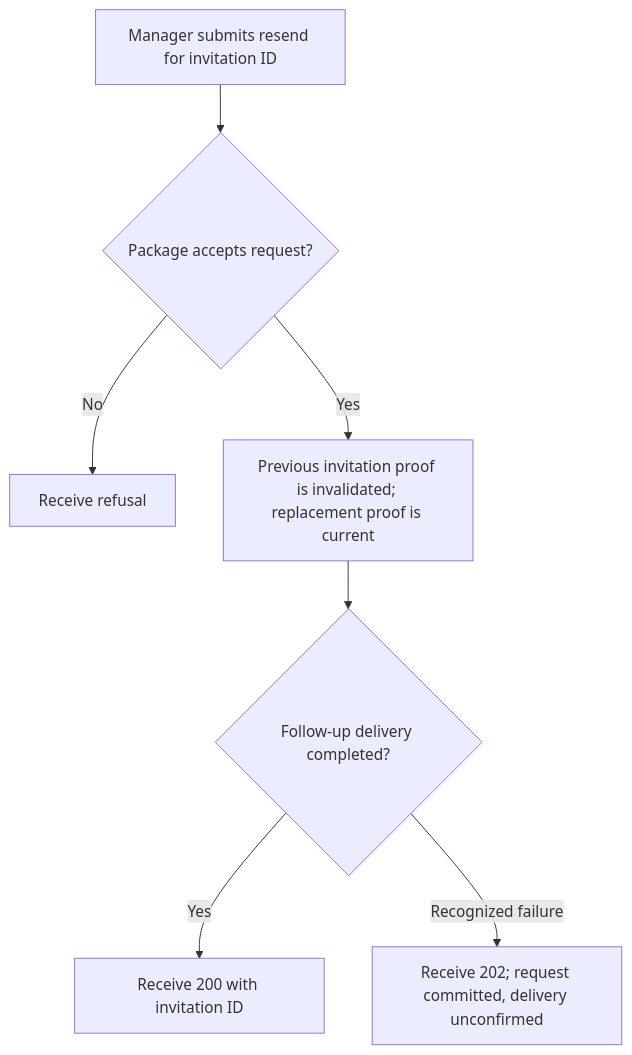
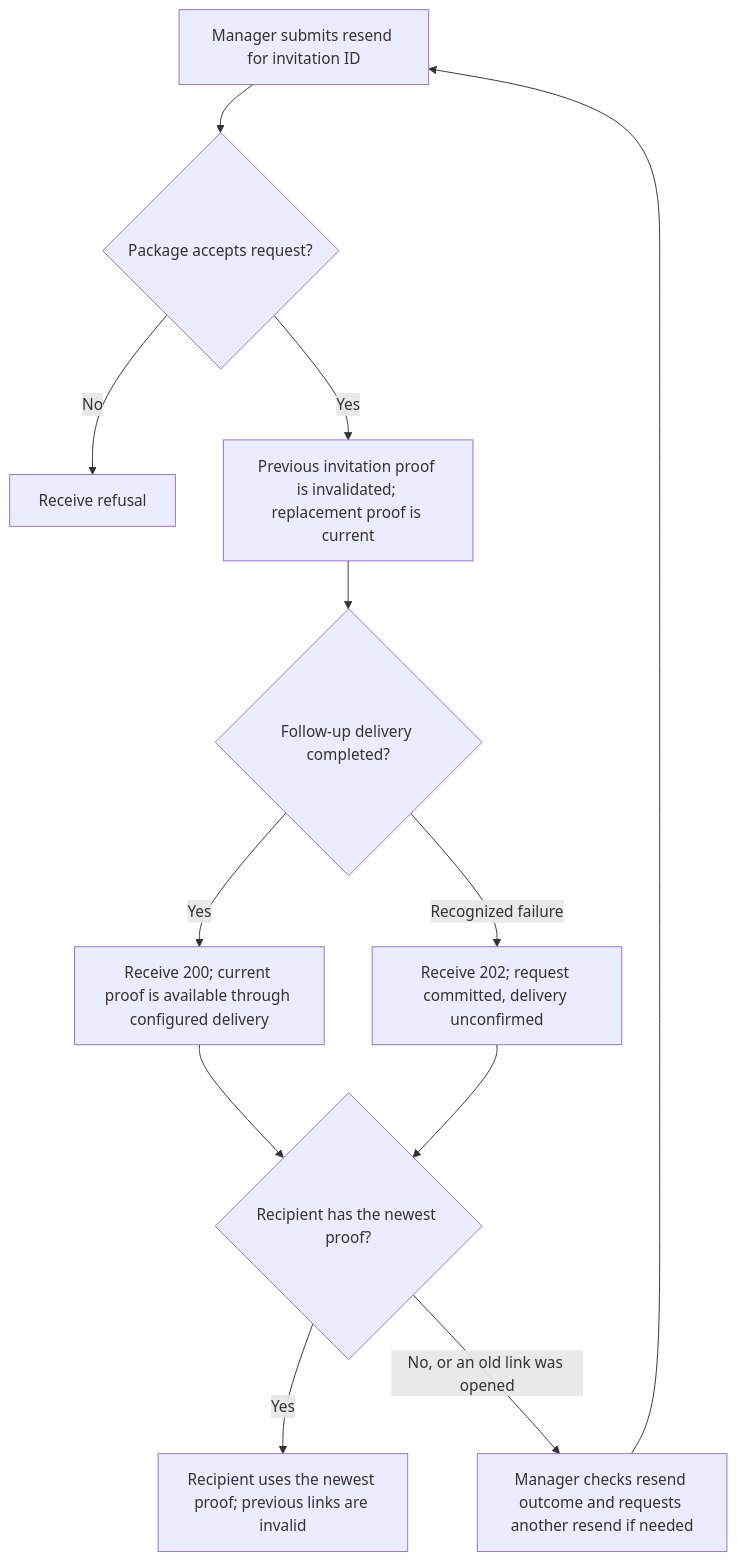
One commit to Kevinjohn/oss-adonisjs-starter-examples changed the first of 2 diagrams in user-stories/api/us-api-12-resend-invitation.md. Above: the diagram before and after it, drawn with Mermaid. The commit also changed other lines of this file, not shown here.

Commit message:
docs: clarify invitation resend recovery

````diff
--- a/user-stories/api/us-api-12-resend-invitation.md
+++ b/user-stories/api/us-api-12-resend-invitation.md
@@ -23,9 +23,14 @@
 ```mermaid
 flowchart TD
     A["Manager submits resend for invitation ID"] --> B{"Package accepts request?"}
     B -->|No| C1["Receive refusal"]
     B -->|Yes| C2["Previous invitation proof is invalidated; replacement proof is current"]
     C2 --> D{"Follow-up delivery completed?"}
-    D -->|Yes| E["Receive 200 with invitation ID"]
+    D -->|Yes| E["Receive 200; current proof is available through configured delivery"]
     D -->|Recognized failure| F["Receive 202; request committed, delivery unconfirmed"]
+    E --> G{"Recipient has the newest proof?"}
+    F --> G
+    G -->|Yes| H["Recipient uses the newest proof; previous links are invalid"]
+    G -->|No, or an old link was opened| I["Manager checks resend outcome and requests another resend if needed"]
+    I --> A
 ```
````
